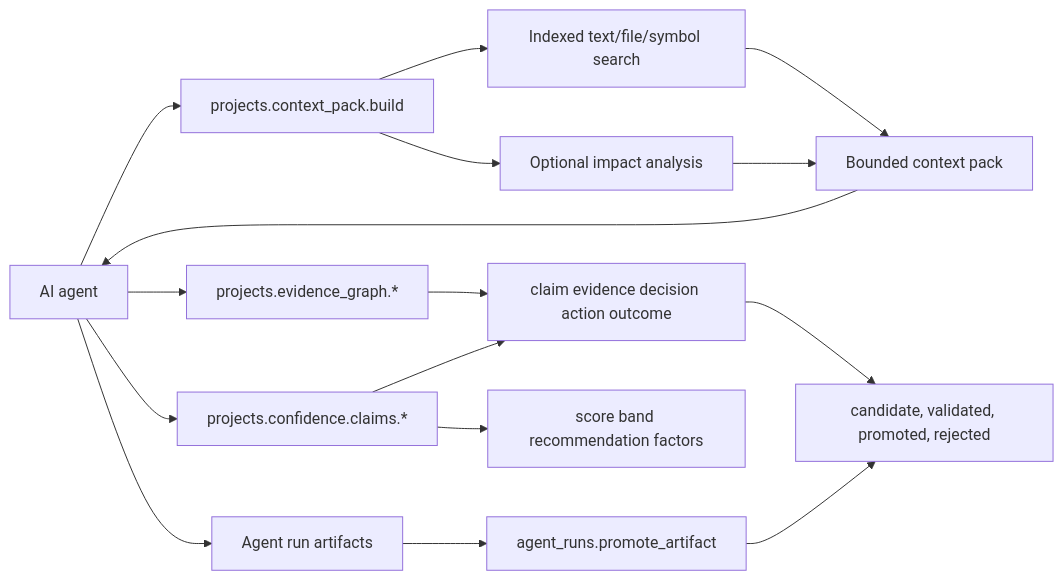
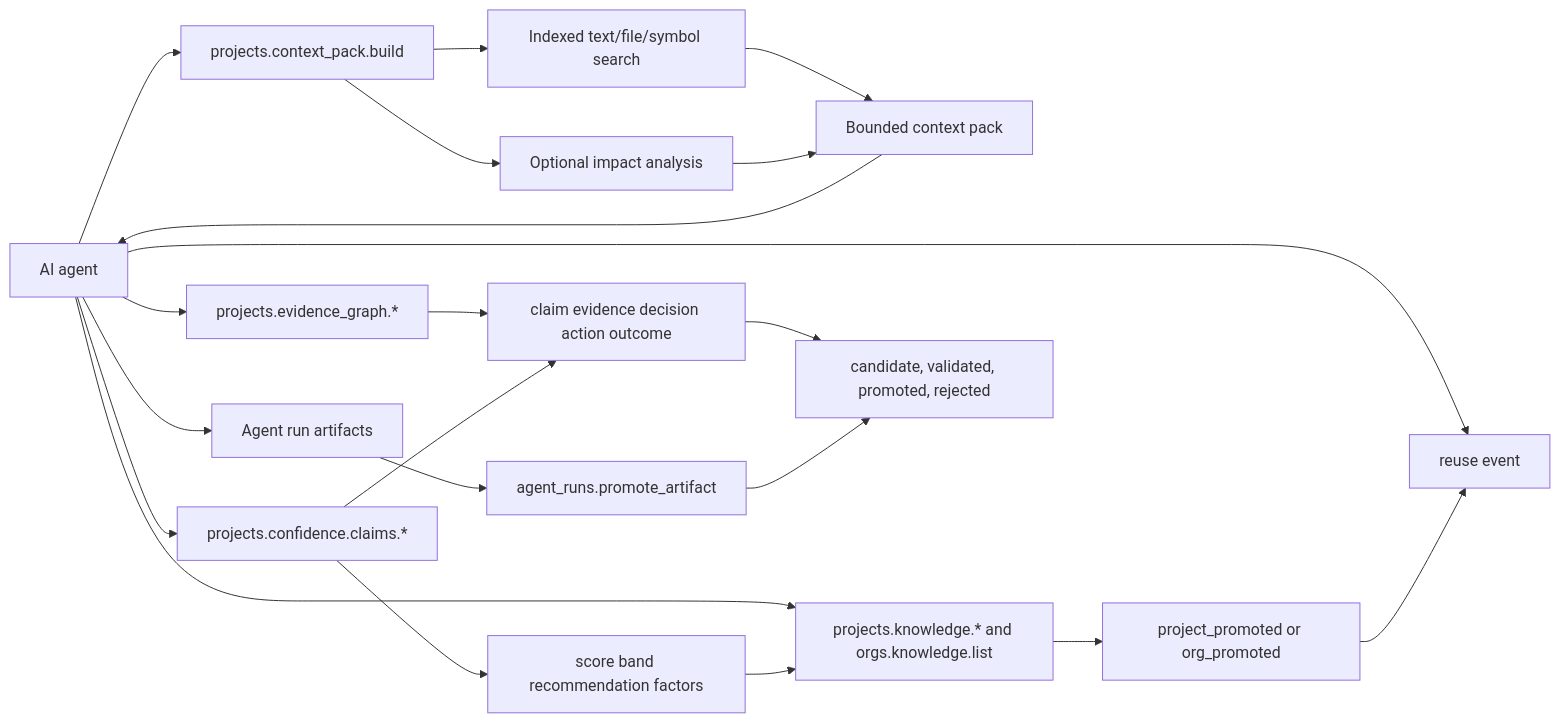
Before and after one commit to MiviaLabs/go-mivia: the seventh of 8 diagrams in docs/architecture/system-architecture.md, drawn with Mermaid. The commit also changed other lines of this file and 30 other files, not shown here.

````diff
--- a/docs/architecture/system-architecture.md
+++ b/docs/architecture/system-architecture.md
@@ -274,31 +281,39 @@
 ```mermaid
 flowchart LR
   Agent["AI agent"]
   ContextPack["projects.context_pack.build"]
   Search["Indexed text/file/symbol search"]
   Impact["Optional impact analysis"]
   Pack["Bounded context pack"]
   Run["Agent run artifacts"]
   Gate["agent_runs.promote_artifact"]
   EvidenceGraph["projects.evidence_graph.*"]
   Confidence["projects.confidence.claims.*"]
+  Knowledge["projects.knowledge.* and orgs.knowledge.list"]
+  Reuse["reuse event"]
   Claim["claim evidence decision action outcome"]
   Score["score band recommendation factors"]
   Decision["candidate, validated, promoted, rejected"]
+  Promoted["project_promoted or org_promoted"]
 
   Agent --> ContextPack
   Agent --> EvidenceGraph
   Agent --> Confidence
+  Agent --> Knowledge
   EvidenceGraph --> Claim
   Confidence --> Claim
   Confidence --> Score
   Claim --> Decision
+  Score --> Knowledge
+  Knowledge --> Promoted
+  Agent --> Reuse
+  Promoted --> Reuse
   ContextPack --> Search
   ContextPack --> Impact
   Search --> Pack
   Impact --> Pack
   Pack --> Agent
   Agent --> Run
   Run --> Gate
   Gate --> Decision
 ```
````
